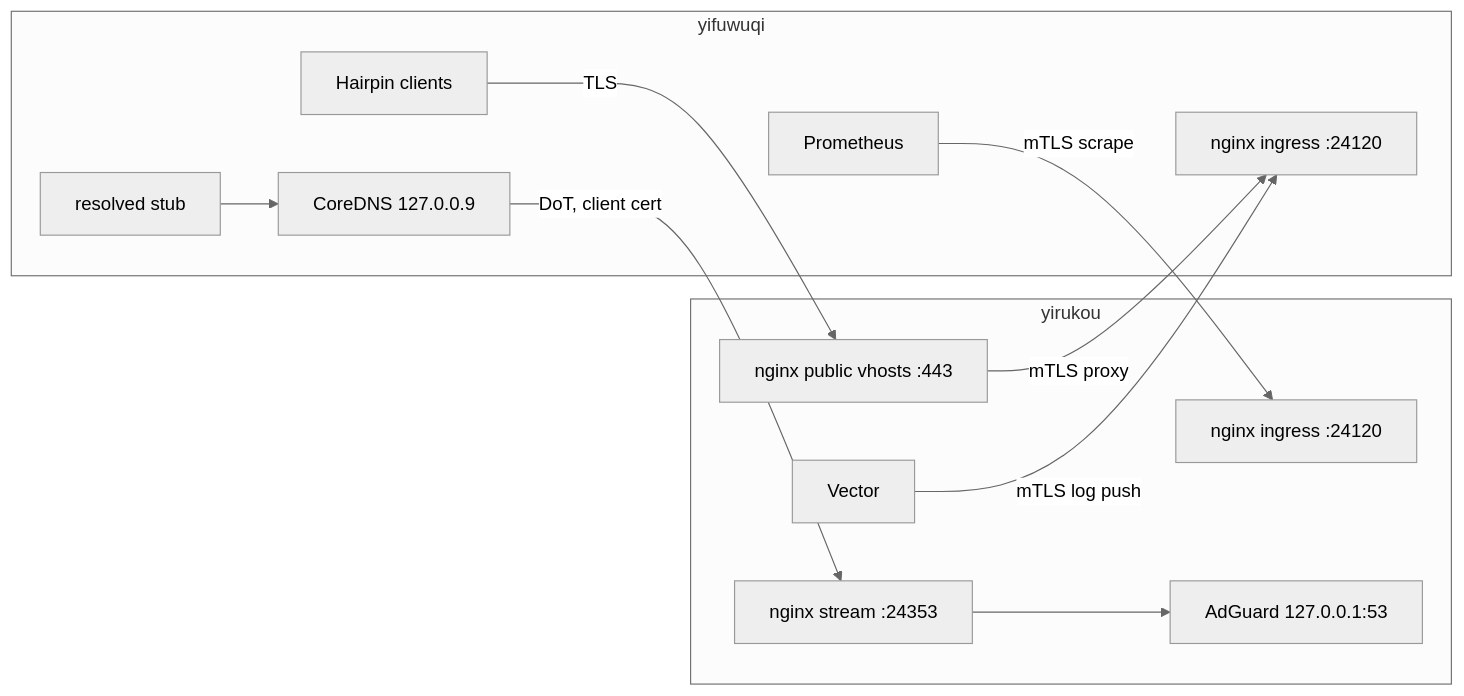
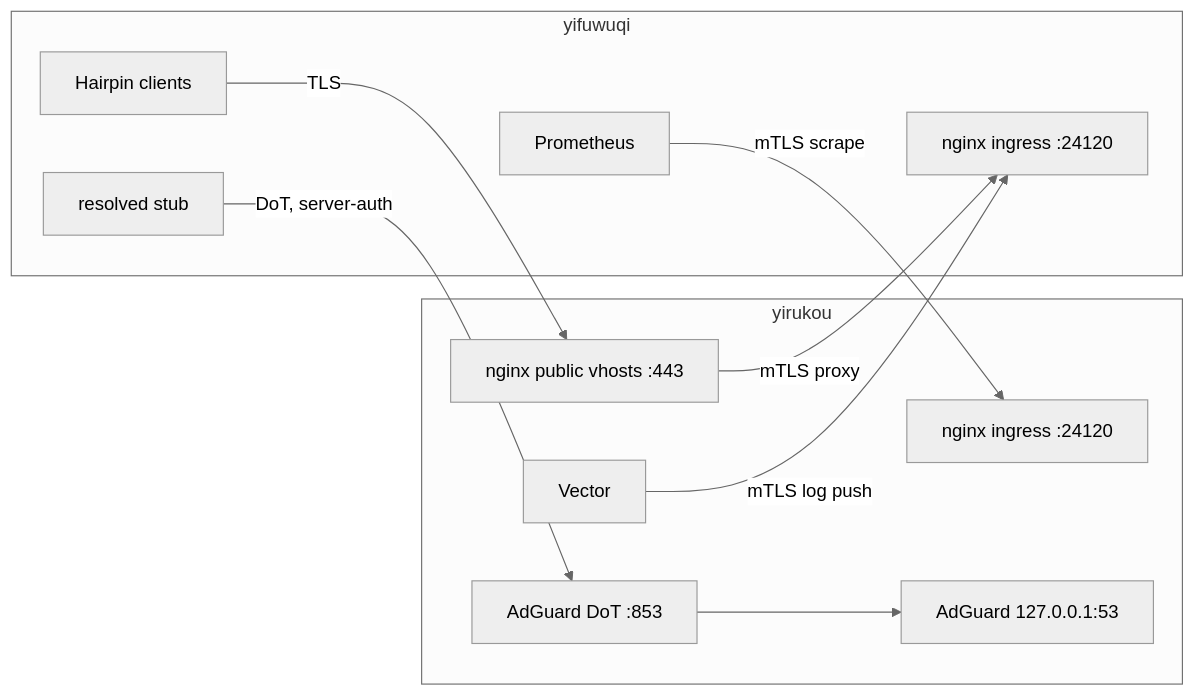
The first of 2 diagrams in docs/src/plans/inter-host-mtls-plan.md (categoricalcat/nixos), drawn with Mermaid (neutral theme) before and after one commit. The commit also changed other lines of this file and 7 other files, not shown here.

````diff
--- a/docs/src/plans/inter-host-mtls-plan.md
+++ b/docs/src/plans/inter-host-mtls-plan.md
@@ -226,26 +298,24 @@
 ```mermaid
 flowchart LR
     subgraph Yifuwuqi["yifuwuqi"]
         FP["Prometheus"]
         FS["resolved stub"]
-        FC["CoreDNS 127.0.0.9"]
         FH["Hairpin clients"]
         FI["nginx ingress :24120"]
     end
 
     subgraph Yirukou["yirukou"]
         RI["nginx ingress :24120"]
-        RS["nginx stream :24353"]
+        RD["AdGuard DoT :853"]
         RP["nginx public vhosts :443"]
         RV["Vector"]
         RA["AdGuard 127.0.0.1:53"]
     end
 
     FP -->|"mTLS scrape"| RI
-    FS --> FC
-    FC -->|"DoT, client cert"| RS
-    RS --> RA
+    FS -->|"DoT, server-auth"| RD
+    RD --> RA
     FH -->|"TLS"| RP
     RP -->|"mTLS proxy"| FI
     RV -->|"mTLS log push"| FI
 ```
````
